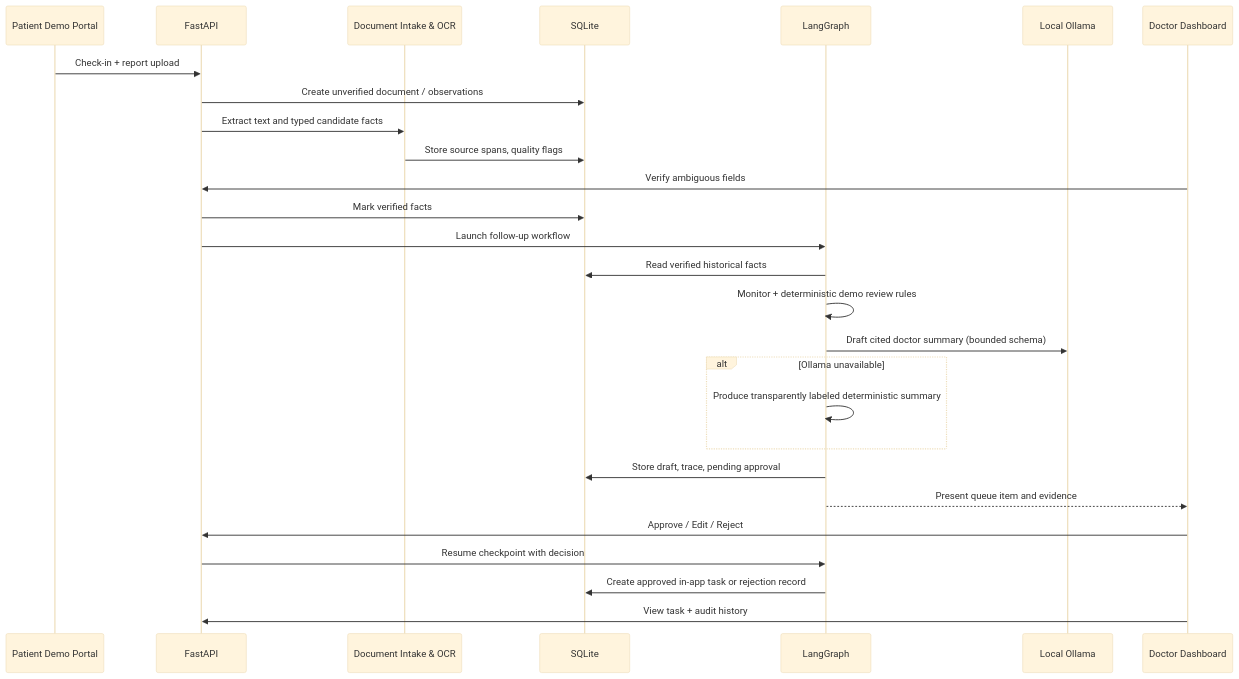
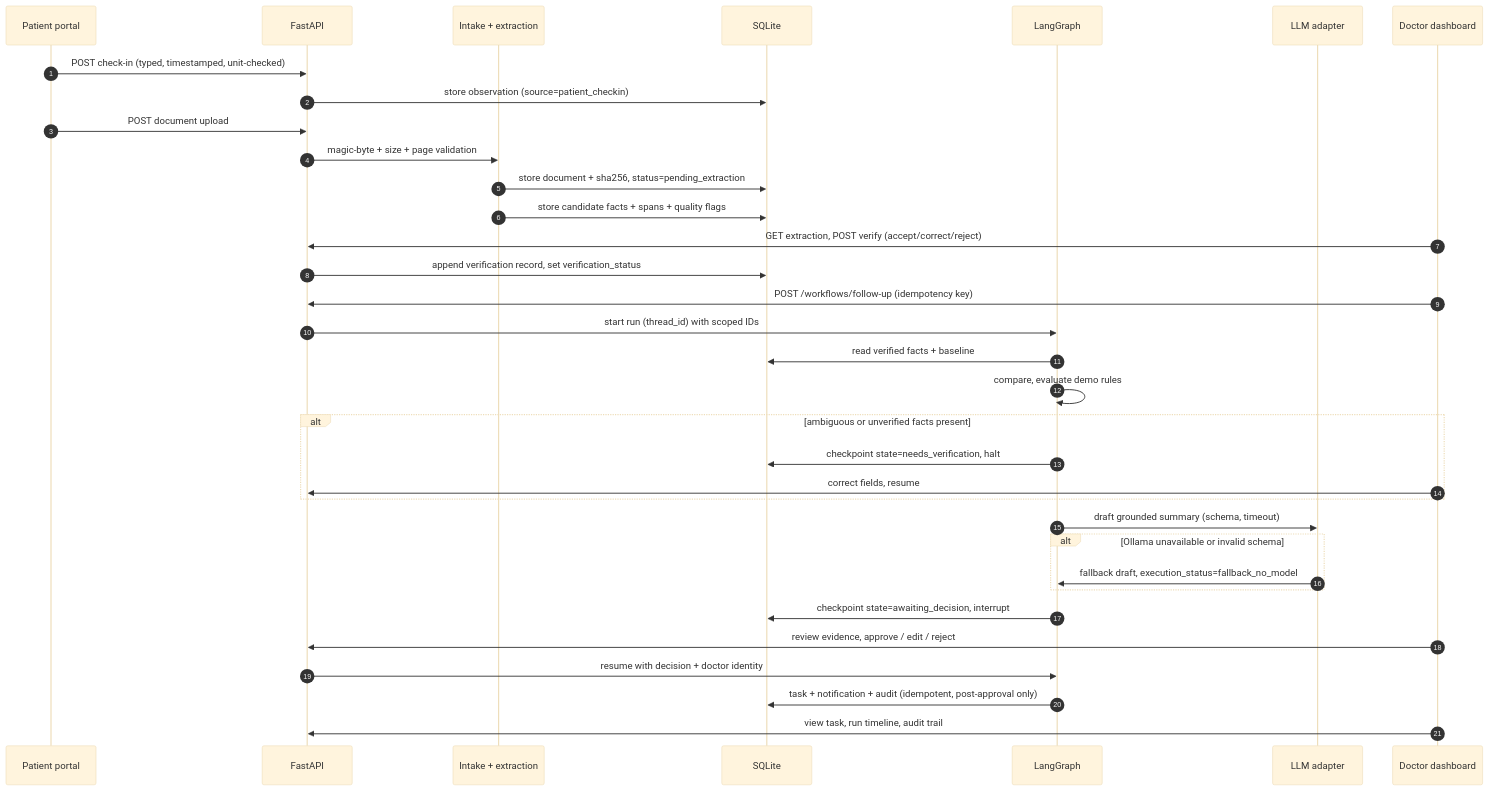
One commit to Muhammed-Fathi/AI-Doctor-FollowUp-Agent changed the second of 2 diagrams in docs/architecture/ARCHITECTURE.md. Above: the diagram before and after it, drawn with Mermaid (base theme). The commit also changed other lines of this file and 29 other files, not shown here.

First line of the commit message:
docs(p0): governance and architecture baseline (IN_REVIEW)

````diff
--- a/docs/architecture/ARCHITECTURE.md
+++ b/docs/architecture/ARCHITECTURE.md
@@ -15,29 +139,36 @@
 ```mermaid
 sequenceDiagram
-    participant P as Patient Demo Portal
-    participant API as FastAPI
-    participant E as Document Intake & OCR
+    autonumber
+    participant P as Patient portal
+    participant A as FastAPI
+    participant E as Intake + extraction
     participant DB as SQLite
     participant G as LangGraph
-    participant L as Local Ollama
-    participant D as Doctor Dashboard
-    P->>API: Check-in + report upload
-    API->>DB: Create unverified document / observations
-    API->>E: Extract text and typed candidate facts
-    E->>DB: Store source spans, quality flags
-    D->>API: Verify ambiguous fields
-    API->>DB: Mark verified facts
-    API->>G: Launch follow-up workflow
-    G->>DB: Read verified historical facts
-    G->>G: Monitor + deterministic demo review rules
-    G->>L: Draft cited doctor summary (bounded schema)
-    alt Ollama unavailable
-        G->>G: Produce transparently labeled deterministic summary
+    participant L as LLM adapter
+    participant D as Doctor dashboard
+    P->>A: POST check-in (typed, timestamped, unit-checked)
+    A->>DB: store observation (source=patient_checkin)
+    P->>A: POST document upload
+    A->>E: magic-byte + size + page validation
+    E->>DB: store document + sha256, status=pending_extraction
+    E->>DB: store candidate facts + spans + quality flags
+    D->>A: GET extraction, POST verify (accept/correct/reject)
+    A->>DB: append verification record, set verification_status
+    D->>A: POST /workflows/follow-up (idempotency key)
+    A->>G: start run (thread_id) with scoped IDs
+    G->>DB: read verified facts + baseline
+    G->>G: compare, evaluate demo rules
+    alt ambiguous or unverified facts present
+        G->>DB: checkpoint state=needs_verification, halt
+        D->>A: correct fields, resume
     end
-    G->>DB: Store draft, trace, pending approval
-    G-->>D: Present queue item and evidence
-    D->>API: Approve / Edit / Reject
-    API->>G: Resume checkpoint with decision
-    G->>DB: Create approved in-app task or rejection record
-    D->>API: View task + audit history
+    G->>L: draft grounded summary (schema, timeout)
+    alt Ollama unavailable or invalid schema
+        L->>G: fallback draft, execution_status=fallback_no_model
+    end
+    G->>DB: checkpoint state=awaiting_decision, interrupt
+    D->>A: review evidence, approve / edit / reject
+    A->>G: resume with decision + doctor identity
+    G->>DB: task + notification + audit (idempotent, post-approval only)
+    D->>A: view task, run timeline, audit trail
 ```
````
